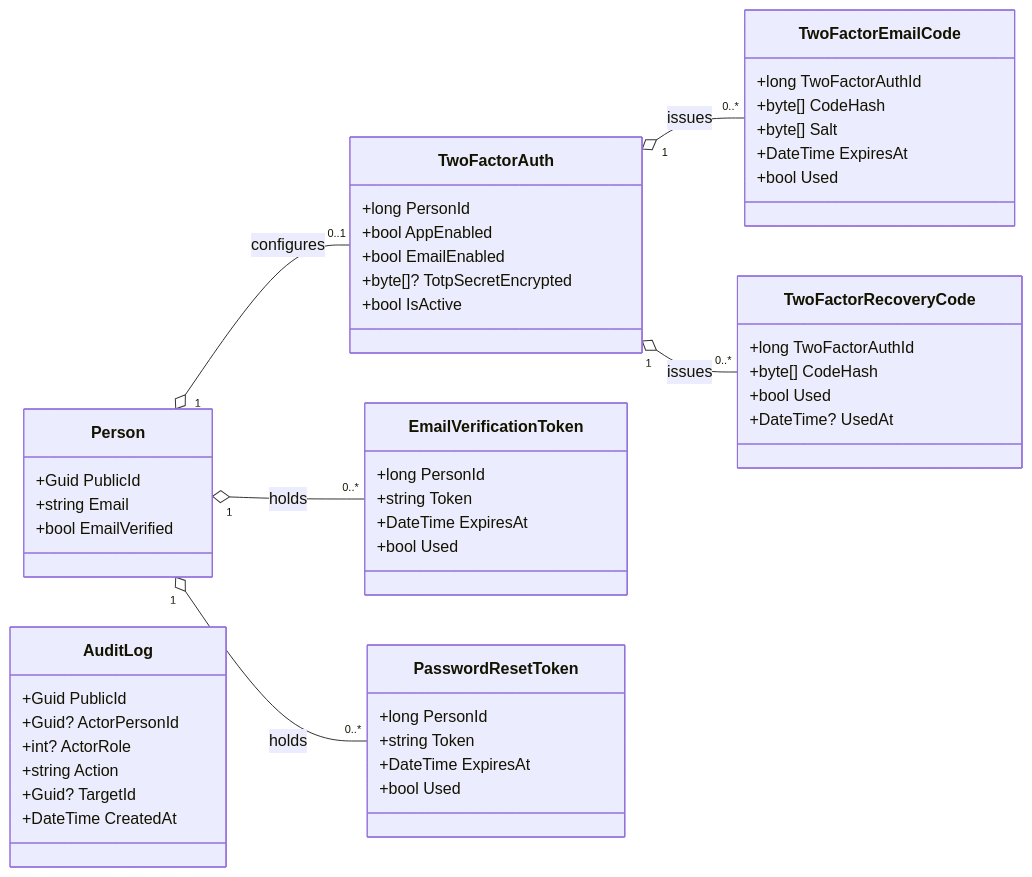
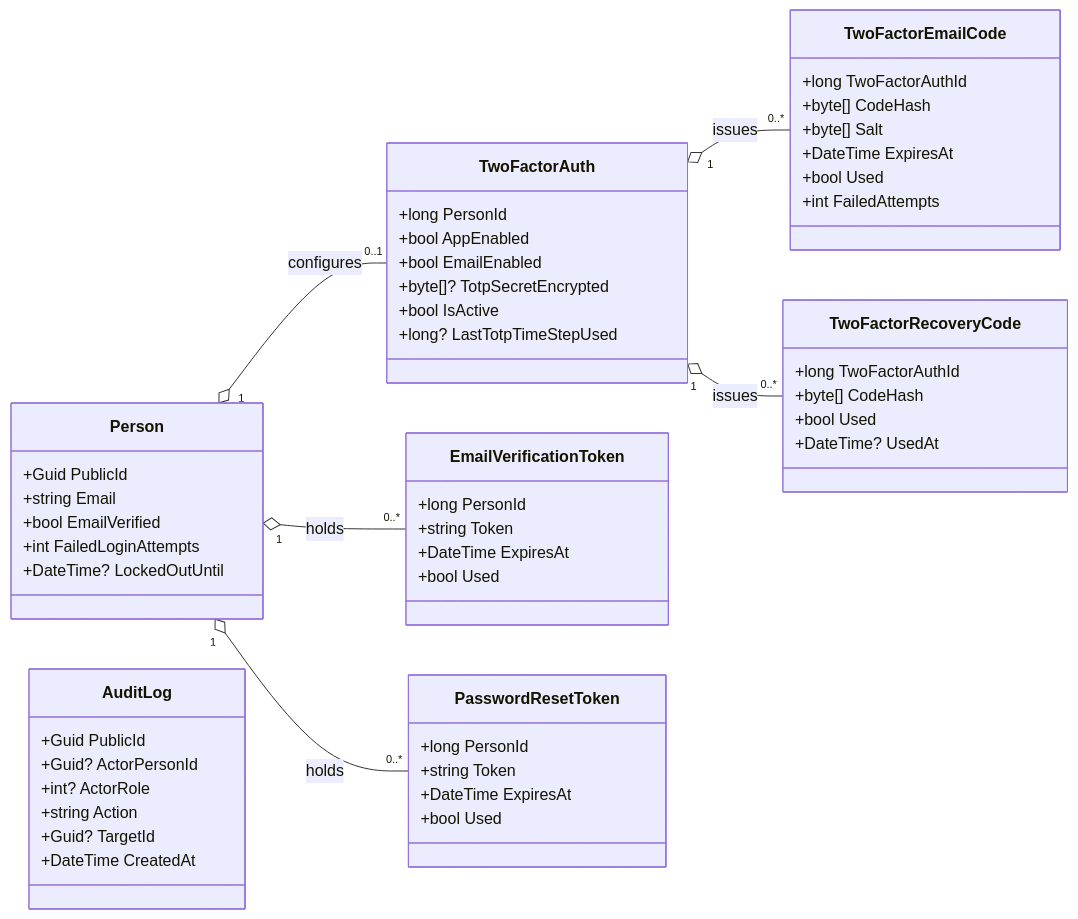
The second of 4 diagrams in docs/content/en/docs/domain-model.md (artur-rios/heimdall-api), drawn with Mermaid before and after one commit. The commit also changed other lines of this file and 63 other files, not shown here.

````diff
--- a/docs/content/en/docs/domain-model.md
+++ b/docs/content/en/docs/domain-model.md
@@ -93,56 +93,60 @@
 ```mermaid
 classDiagram
     direction LR
 
     class Person {
         +Guid PublicId
         +string Email
         +bool EmailVerified
+        +int FailedLoginAttempts
+        +DateTime? LockedOutUntil
     }
     class TwoFactorAuth {
         +long PersonId
         +bool AppEnabled
         +bool EmailEnabled
         +byte[]? TotpSecretEncrypted
         +bool IsActive
+        +long? LastTotpTimeStepUsed
     }
     class TwoFactorEmailCode {
         +long TwoFactorAuthId
         +byte[] CodeHash
         +byte[] Salt
         +DateTime ExpiresAt
         +bool Used
+        +int FailedAttempts
     }
     class TwoFactorRecoveryCode {
         +long TwoFactorAuthId
         +byte[] CodeHash
         +bool Used
         +DateTime? UsedAt
     }
     class EmailVerificationToken {
         +long PersonId
         +string Token
         +DateTime ExpiresAt
         +bool Used
     }
     class PasswordResetToken {
         +long PersonId
         +string Token
         +DateTime ExpiresAt
         +bool Used
     }
     class AuditLog {
         +Guid PublicId
         +Guid? ActorPersonId
         +int? ActorRole
         +string Action
         +Guid? TargetId
         +DateTime CreatedAt
     }
 
     Person "1" o-- "0..1" TwoFactorAuth : configures
     TwoFactorAuth "1" o-- "0..*" TwoFactorEmailCode : issues
     TwoFactorAuth "1" o-- "0..*" TwoFactorRecoveryCode : issues
     Person "1" o-- "0..*" EmailVerificationToken : holds
     Person "1" o-- "0..*" PasswordResetToken : holds
 ```
````
